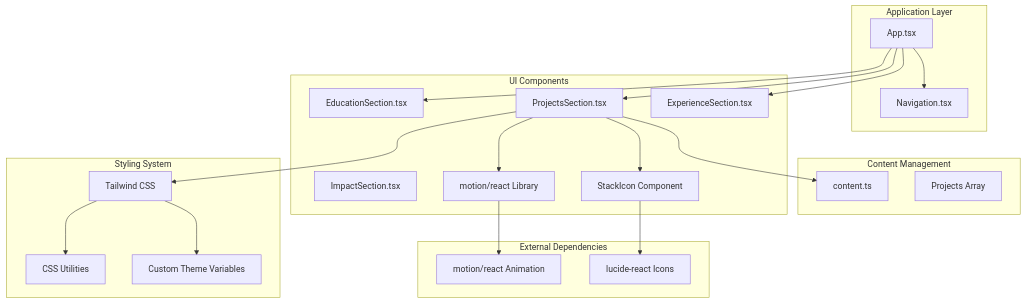
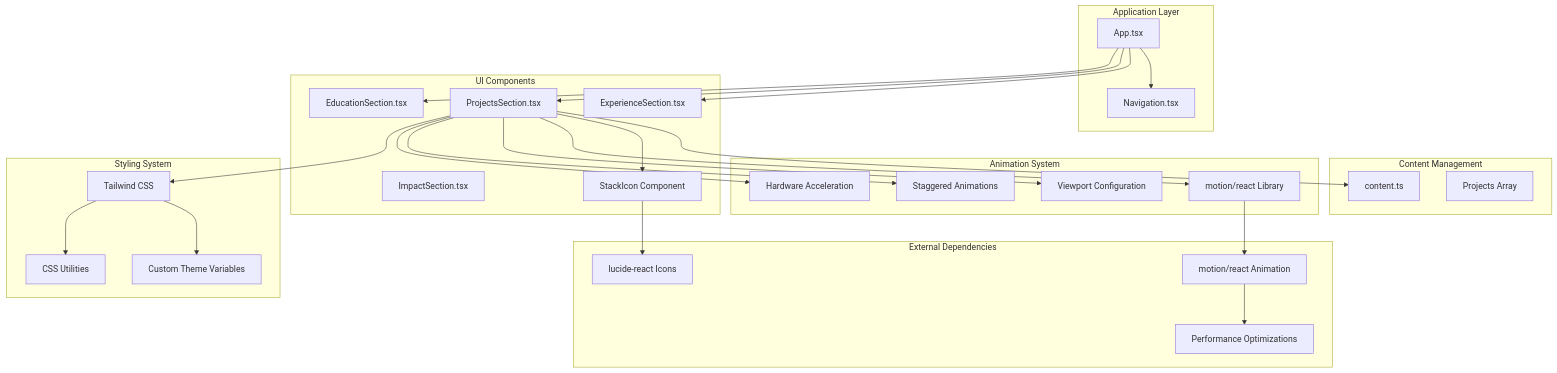
One commit to subash7781/Portfolio changed the first of 11 diagrams in .qoder/repowiki/en/content/Component Library & UI Elements/ProjectsSection Component.md. Above: the diagram before and after it, drawn with Mermaid. The commit also changed other lines of this file and 6 other files, not shown here.

````diff
--- a/.qoder/repowiki/en/content/Component Library & UI Elements/ProjectsSection Component.md
+++ b/.qoder/repowiki/en/content/Component Library & UI Elements/ProjectsSection Component.md
@@ -53,40 +55,50 @@
 ```mermaid
 graph TB
 subgraph "Application Layer"
 App[App.tsx]
 Navigation[Navigation.tsx]
 end
 subgraph "Content Management"
 Content[content.ts]
 ProjectsData[Projects Array]
 end
+subgraph "Animation System"
+Motion[motion/react Library]
+Viewport[Viewport Configuration]
+Stagger[Staggered Animations]
+Hardware[Hardware Acceleration]
+end
 subgraph "UI Components"
 ExperienceSection[ExperienceSection.tsx]
 ProjectsSection[ProjectsSection.tsx]
 EducationSection[EducationSection.tsx]
 ImpactSection[ImpactSection.tsx]
 StackIcon[StackIcon Component]
-Motion[motion/react Library]
 end
 subgraph "Styling System"
 TailwindCSS[Tailwind CSS]
 Theme[Custom Theme Variables]
 CSSUtilities[CSS Utilities]
 end
 subgraph "External Dependencies"
 LucideIcons[lucide-react Icons]
 MotionLib[motion/react Animation]
+Performance[Performance Optimizations]
 end
 App --> Navigation
 App --> ExperienceSection
 App --> ProjectsSection
 App --> EducationSection
 ProjectsSection --> Content
 ProjectsSection --> StackIcon
 ProjectsSection --> Motion
+ProjectsSection --> Viewport
+ProjectsSection --> Stagger
+ProjectsSection --> Hardware
 StackIcon --> LucideIcons
 ProjectsSection --> TailwindCSS
 TailwindCSS --> Theme
 TailwindCSS --> CSSUtilities
 Motion --> MotionLib
+MotionLib --> Performance
 ```
````
